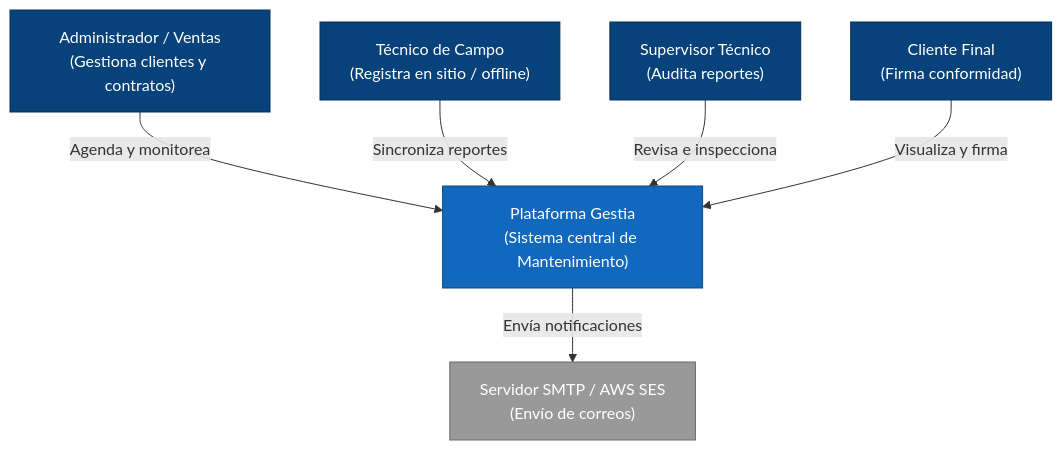
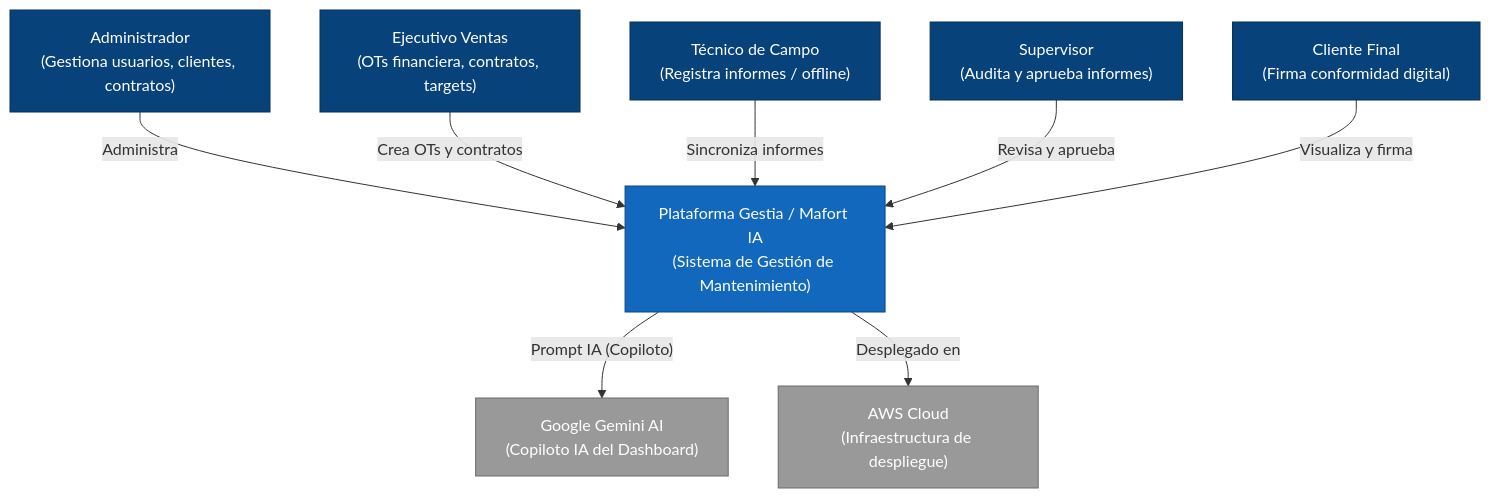
Before and after one commit to juanco1983/Gestia: the first of 6 diagrams in Documentacion/architecture_c4.md, drawn with Mermaid. The commit also changed other lines of this file and 3 other files, not shown here.

````diff
--- a/Documentacion/architecture_c4.md
+++ b/Documentacion/architecture_c4.md
@@ -12,24 +19,25 @@
 ```mermaid
 flowchart TD
-    %% Estilos
     classDef person fill:#08427b,stroke:#052e56,color:#fff
     classDef system fill:#1168bd,stroke:#0b4884,color:#fff
     classDef external fill:#999999,stroke:#6b6b6b,color:#fff
 
-    %% Nodos
-    Admin["Administrador / Ventas\n(Gestiona clientes y contratos)"]:::person
-    Tecnico["Técnico de Campo\n(Registra en sitio / offline)"]:::person
-    Supervisor["Supervisor Técnico\n(Audita reportes)"]:::person
-    Cliente["Cliente Final\n(Firma conformidad)"]:::person
+    Admin["Administrador\n(Gestiona usuarios, clientes, contratos)"]:::person
+    Ventas["Ejecutivo Ventas\n(OTs financiera, contratos, targets)"]:::person
+    Tecnico["Técnico de Campo\n(Registra informes / offline)"]:::person
+    Supervisor["Supervisor\n(Audita y aprueba informes)"]:::person
+    Cliente["Cliente Final\n(Firma conformidad digital)"]:::person
 
-    Gestia["Plataforma Gestia\n(Sistema central de Mantenimiento)"]:::system
-    Email["Servidor SMTP / AWS SES\n(Envío de correos)"]:::external
+    Gestia["Plataforma Gestia / Mafort IA\n(Sistema de Gestión de Mantenimiento)"]:::system
+    Gemini["Google Gemini AI\n(Copiloto IA del Dashboard)"]:::external
+    AWS["AWS Cloud\n(Infraestructura de despliegue)"]:::external
 
-    %% Relaciones
-    Admin -- "Agenda y monitorea" --> Gestia
-    Tecnico -- "Sincroniza reportes" --> Gestia
-    Supervisor -- "Revisa e inspecciona" --> Gestia
+    Admin -- "Administra" --> Gestia
+    Ventas -- "Crea OTs y contratos" --> Gestia
+    Tecnico -- "Sincroniza informes" --> Gestia
+    Supervisor -- "Revisa y aprueba" --> Gestia
     Cliente -- "Visualiza y firma" --> Gestia
-    
-    Gestia -- "Envía notificaciones" --> Email
+
+    Gestia -- "Prompt IA (Copiloto)" --> Gemini
+    Gestia -- "Desplegado en" --> AWS
 ```
````
